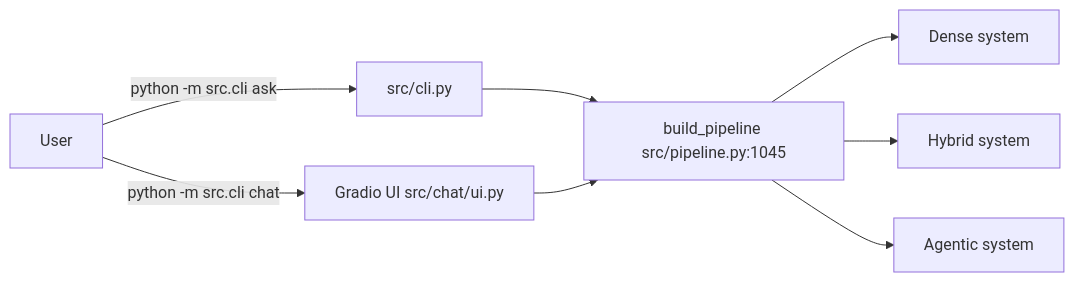
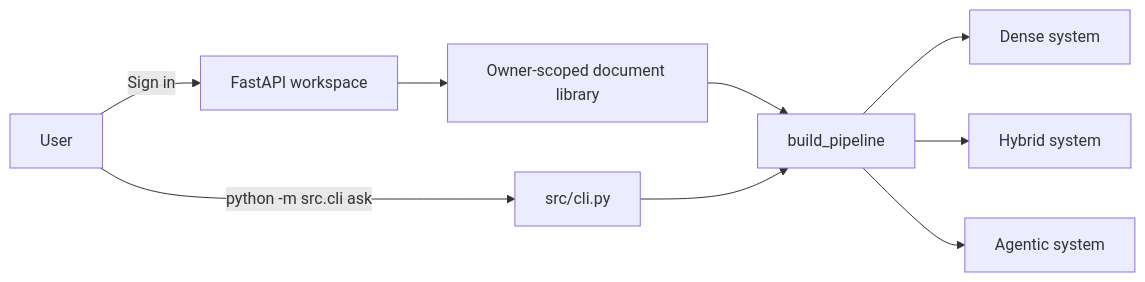
The first of 3 diagrams in docs/ai/FLOW.md (manishtiwari2/agentic-rag-pdf), drawn with Mermaid before and after one commit. The commit also changed other lines of this file and 7 other files, not shown here.

Commit message:
Document the web workspace

````diff
--- a/docs/ai/FLOW.md
+++ b/docs/ai/FLOW.md
@@ -8,10 +8,11 @@
 ```mermaid
 flowchart LR
   U[User] -->|python -m src.cli ask| CLI[src/cli.py]
-  U -->|python -m src.cli chat| UI[Gradio UI src/chat/ui.py]
-  CLI --> BP[build_pipeline src/pipeline.py:1045]
-  UI --> BP
+  U -->|Sign in| UI[FastAPI workspace]
+  UI --> LIB[Owner-scoped document library]
+  LIB --> BP[build_pipeline]
+  CLI --> BP
   BP --> D[Dense system]
   BP --> H[Hybrid system]
   BP --> A[Agentic system]
 ```
````
